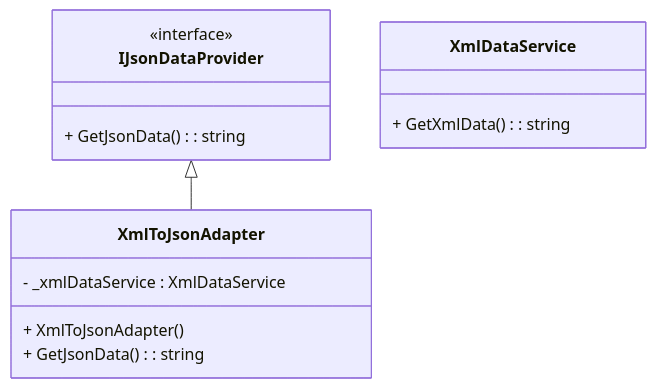
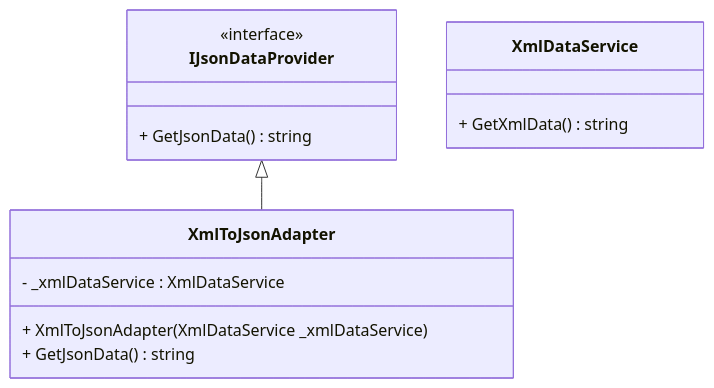
One commit to SuyashBhiste/dump-thoughts changed the diagram in low-level-design/design-patterns/structural/adapter.md. Above: the diagram before and after it, drawn with Mermaid.

Commit message:
updated adapter uml class diagram

````diff
--- a/low-level-design/design-patterns/structural/adapter.md
+++ b/low-level-design/design-patterns/structural/adapter.md
@@ -19,17 +19,17 @@
 ```mermaid
 classDiagram
     class IJsonDataProvider {
         <<interface>>
-	    + GetJsonData() : string
+	    + GetJsonData() string
     }
     class XmlDataService {
-	    + GetXmlData() : string
+	    + GetXmlData() string
     }
     class XmlToJsonAdapter {
 	    - _xmlDataService : XmlDataService
-	    + XmlToJsonAdapter()
-	    + GetJsonData() : string
+	    + XmlToJsonAdapter(XmlDataService _xmlDataService)
+	    + GetJsonData() string
     }
 
     IJsonDataProvider <|-- XmlToJsonAdapter
 ```
````
